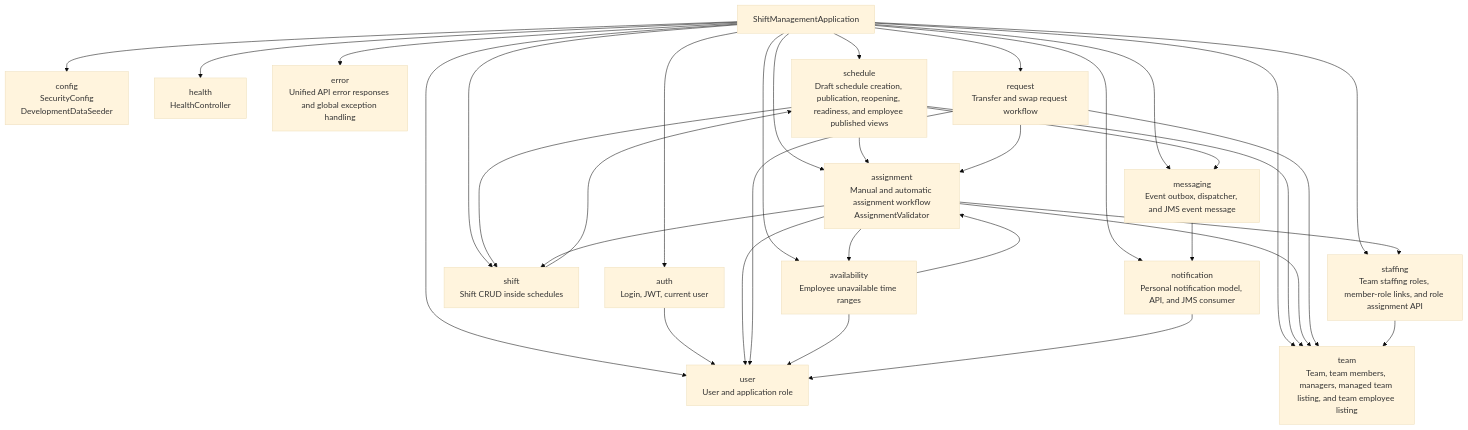
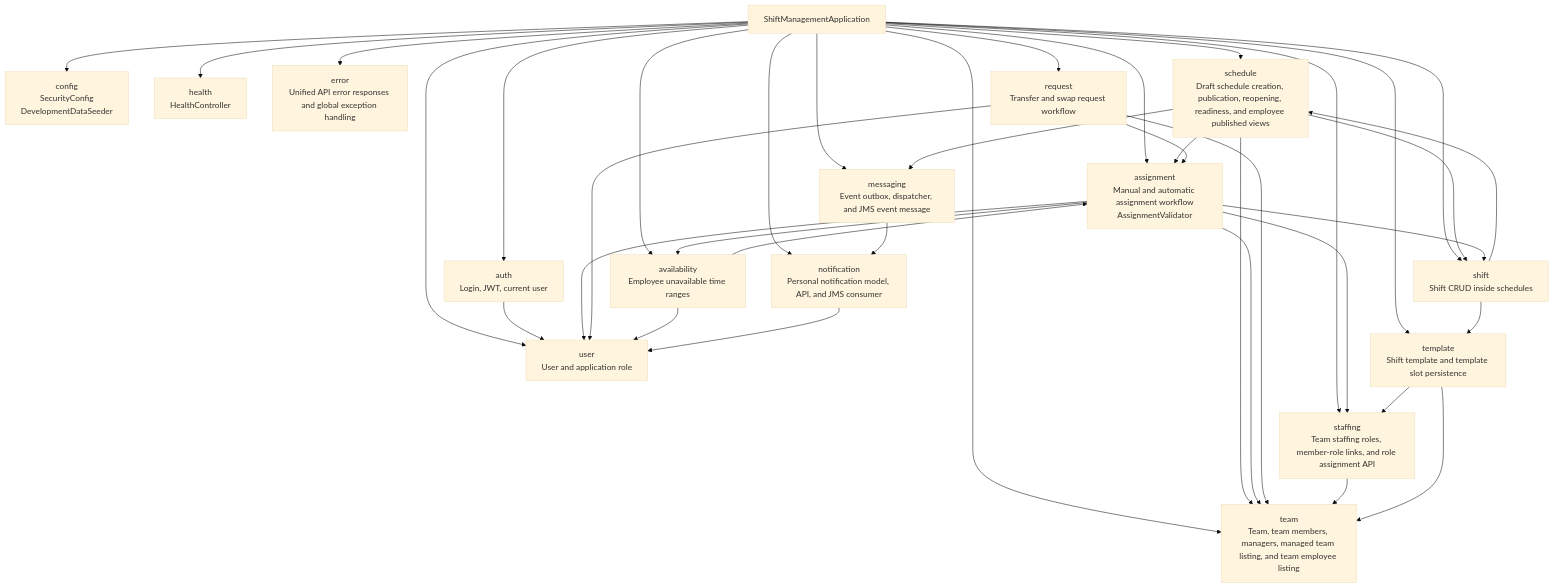
The second of 19 diagrams in docs/current-backend-architecture.md (HiliMor/shift-management-system), drawn with Mermaid (base theme) before and after one commit. The commit also changed other lines of this file and 12 other files, not shown here.

Commit message:
Templates: Add template persistence foundation

````diff
--- a/docs/current-backend-architecture.md
+++ b/docs/current-backend-architecture.md
@@ -76,54 +76,59 @@
 ```mermaid
 flowchart TD
     app["ShiftManagementApplication"]
 
     config["config<br/>SecurityConfig<br/>DevelopmentDataSeeder"]
     health["health<br/>HealthController"]
     auth["auth<br/>Login, JWT, current user"]
     error["error<br/>Unified API error responses and global exception handling"]
     user["user<br/>User and application role"]
     team["team<br/>Team, team members, managers, managed team listing, and team employee listing"]
     schedule["schedule<br/>Draft schedule creation, publication, reopening, readiness, and employee published views"]
     shift["shift<br/>Shift CRUD inside schedules"]
     assignment["assignment<br/>Manual and automatic assignment workflow<br/>AssignmentValidator"]
     request["request<br/>Transfer and swap request workflow"]
     availability["availability<br/>Employee unavailable time ranges"]
     staffing["staffing<br/>Team staffing roles, member-role links, and role assignment API"]
+    template["template<br/>Shift template and template slot persistence"]
     messaging["messaging<br/>Event outbox, dispatcher, and JMS event message"]
     notification["notification<br/>Personal notification model, API, and JMS consumer"]
 
     app --> config
     app --> health
     app --> auth
     app --> error
     app --> user
     app --> team
     app --> schedule
     app --> shift
     app --> assignment
     app --> request
     app --> availability
     app --> staffing
+    app --> template
     app --> messaging
     app --> notification
 
     auth --> user
     schedule --> team
     schedule --> shift
     schedule --> assignment
     schedule --> messaging
     messaging --> notification
     shift --> schedule
     assignment --> shift
     assignment --> team
     assignment --> user
     assignment --> availability
     assignment --> staffing
     request --> assignment
     request --> team
     request --> user
     availability --> user
     availability --> assignment
     staffing --> team
+    template --> team
+    template --> staffing
+    shift --> template
     notification --> user
 ```
````
